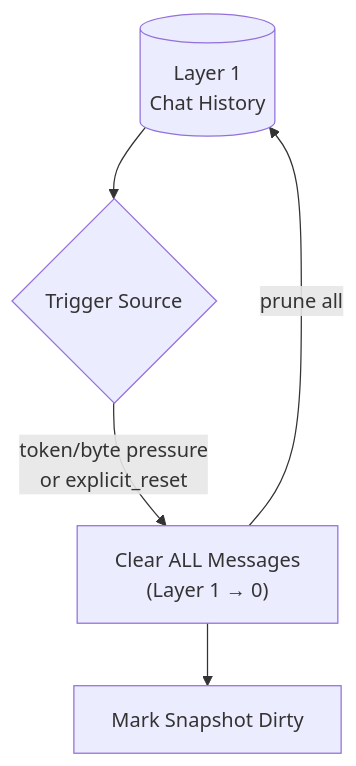
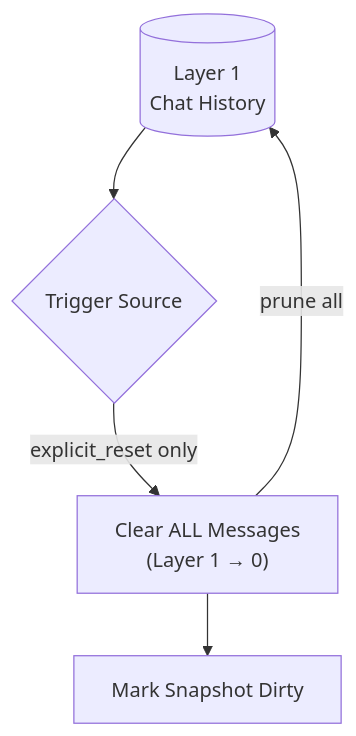
The second of 8 diagrams in _dfd/memory/memory-reset.md (cosmoswafer/rockbot), drawn with Mermaid before and after one commit. The commit also changed other lines of this file and 10 other files, not shown here.

First line of the commit message:
feat(memory): LLM-based context summarization for token/byte pressure (closes #72)

````diff
--- a/_dfd/memory/memory-reset.md
+++ b/_dfd/memory/memory-reset.md
@@ -66,12 +71,12 @@
 ```mermaid
 flowchart TD
     L1[(Layer 1<br/>Chat History)]
     TRIGGER{Trigger Source}
     CLEAR["Clear ALL Messages<br/>(Layer 1 → 0)"]
     DIRTY[Mark Snapshot Dirty]
 
     L1 --> TRIGGER
-    TRIGGER -->|"token/byte pressure<br/>or explicit_reset"| CLEAR
+    TRIGGER -->|"explicit_reset only"| CLEAR
     CLEAR -->|"prune all"| L1
     CLEAR --> DIRTY
 ```
````
